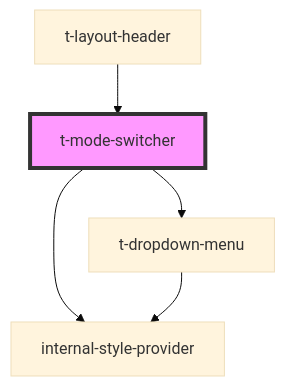
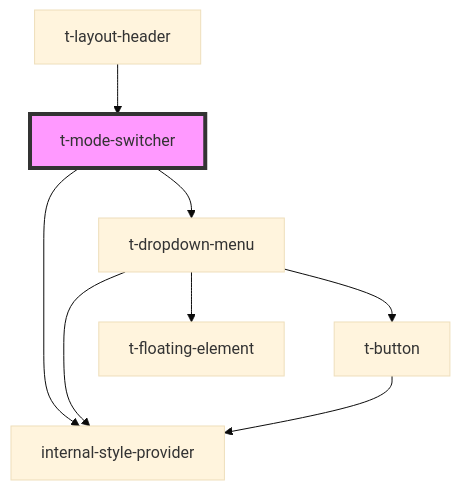
The diagram in packages/t-web-components/src/components/t-mode-switcher/readme.md (TomasEng/web-components), drawn with Mermaid (base theme) before and after one commit. The commit also changed 14 other files, not shown here.

````diff
--- a/packages/t-web-components/src/components/t-mode-switcher/readme.md
+++ b/packages/t-web-components/src/components/t-mode-switcher/readme.md
@@ -29,8 +29,11 @@
 ```mermaid
 graph TD;
   t-mode-switcher --> internal-style-provider
   t-mode-switcher --> t-dropdown-menu
   t-dropdown-menu --> internal-style-provider
+  t-dropdown-menu --> t-floating-element
+  t-dropdown-menu --> t-button
+  t-button --> internal-style-provider
   t-layout-header --> t-mode-switcher
   style t-mode-switcher fill:#f9f,stroke:#333,stroke-width:4px
 ```
````
